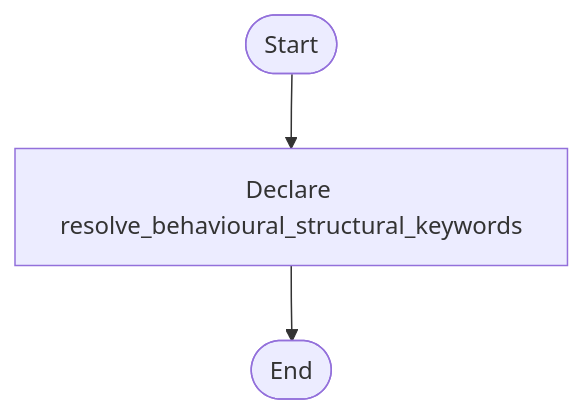
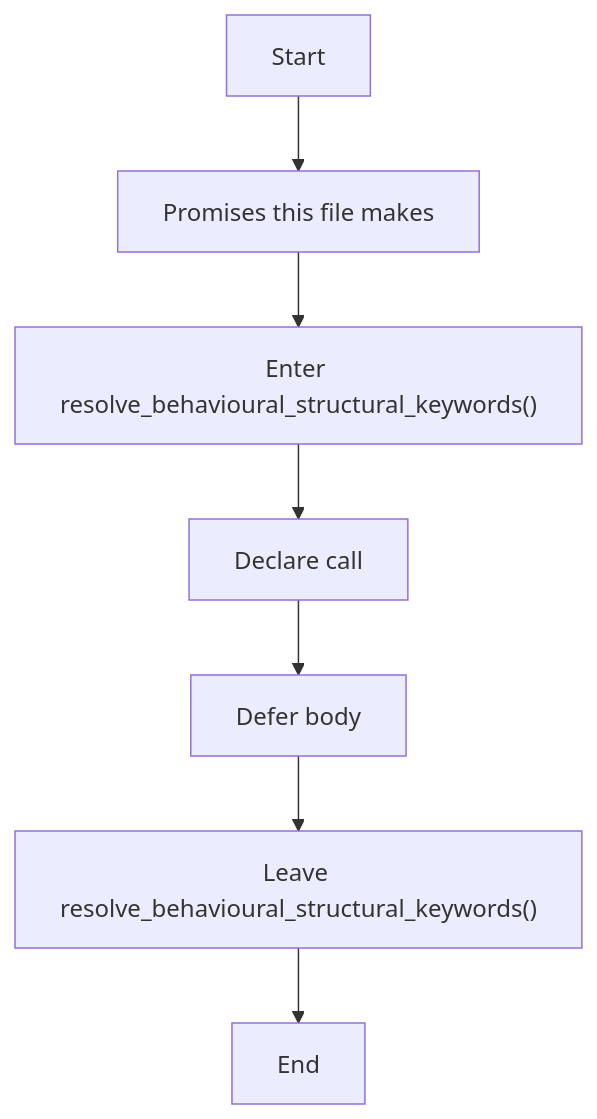
Before and after one commit to JohnAndrewBalbarosa/NeoTerritory: the first of 2 diagrams in docs/Codebase/Microservice/Modules/Header/Behavioural/Logic/behavioural_structural_hooks.hpp.md, drawn with Mermaid. The commit also changed other lines of this file and 752 other files, not shown here.

````diff
--- a/docs/Codebase/Microservice/Modules/Header/Behavioural/Logic/behavioural_structural_hooks.hpp.md
+++ b/docs/Codebase/Microservice/Modules/Header/Behavioural/Logic/behavioural_structural_hooks.hpp.md
@@ -30,8 +22,16 @@
 ```mermaid
 flowchart TD
-    Start([Start])
-    N0[Declare resolve_behavioural_structural_keywords]
-    End([End])
+    Start["Start"]
+    N0["Promises this file makes"]
+    N1["Enter resolve_behavioural_structural_keywords()"]
+    N2["Declare call"]
+    N3["Defer body"]
+    N4["Leave resolve_behavioural_structural_keywords()"]
+    End["End"]
     Start --> N0
-    N0 --> End
+    N0 --> N1
+    N1 --> N2
+    N2 --> N3
+    N3 --> N4
+    N4 --> End
 ```
````
